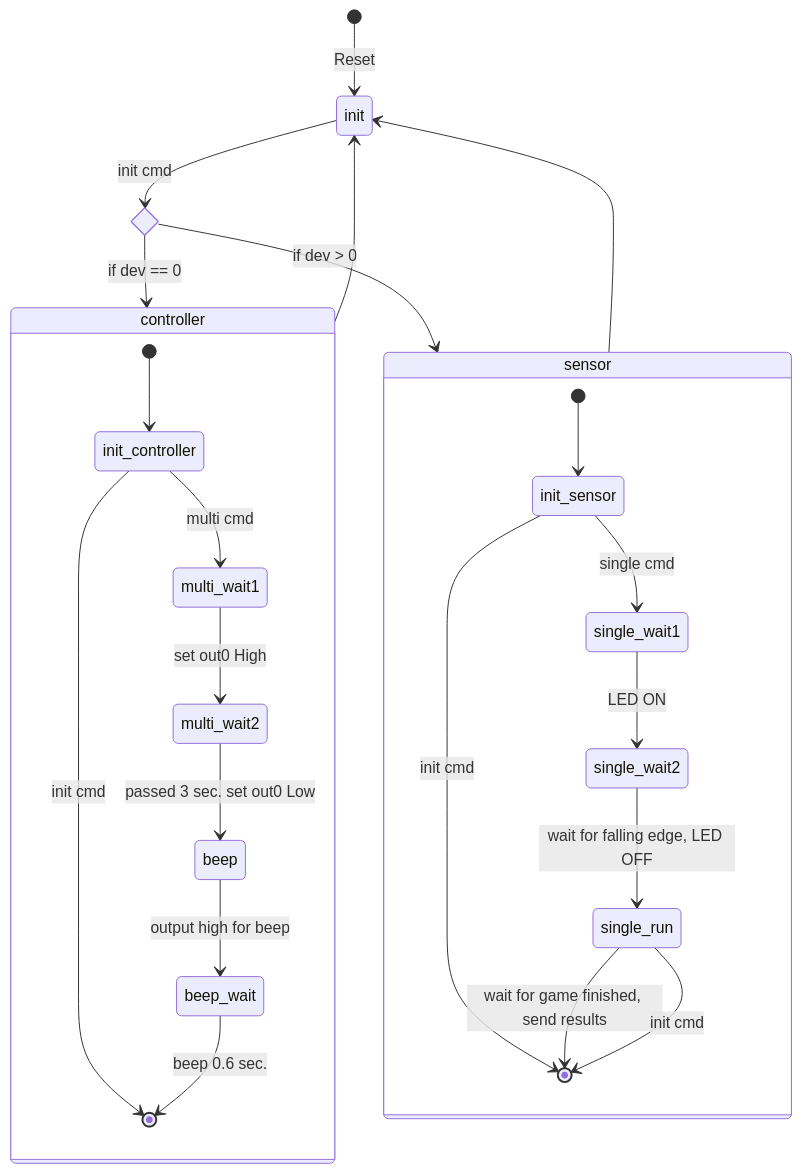
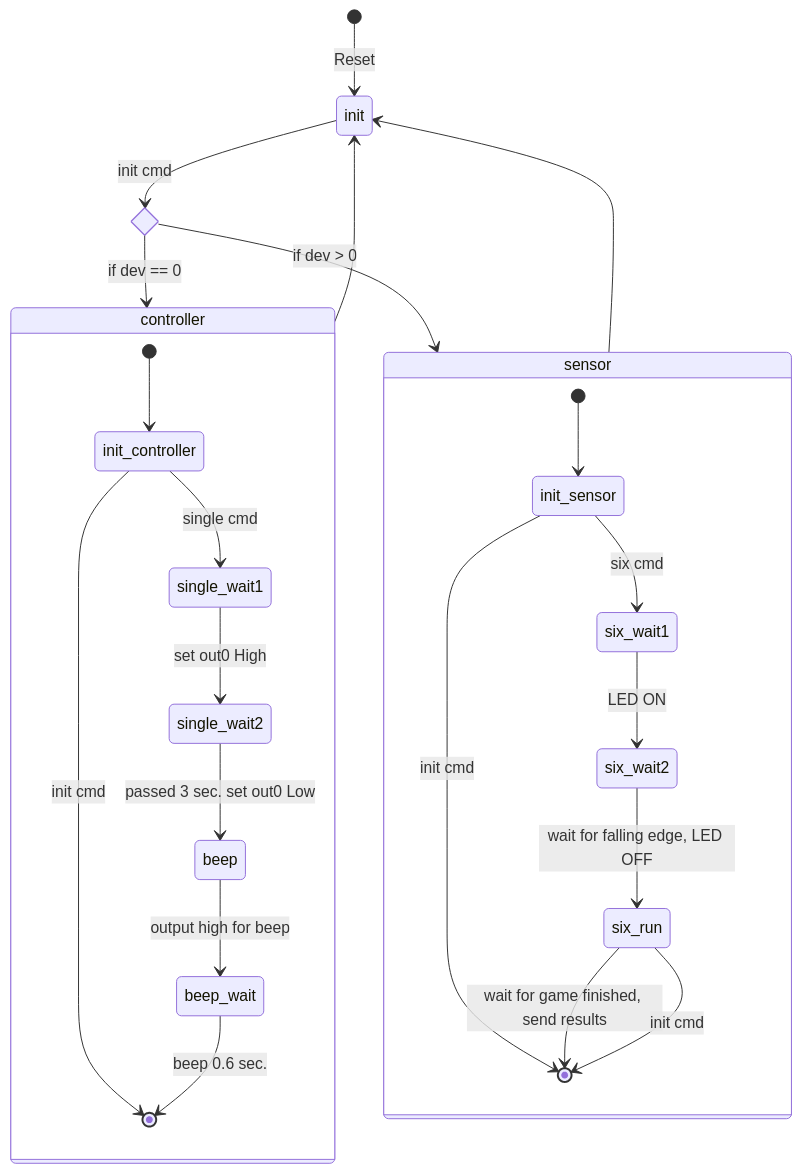
Before and after one commit to katsuster/target-6-client: the first of 3 diagrams in doc/single.md, drawn with Mermaid. The commit also changed other lines of this file, not shown here.

Commit message:
doc: update command and state name

````diff
--- a/doc/single.md
+++ b/doc/single.md
@@ -32,31 +32,31 @@
 ```mermaid
 stateDiagram-v2
 
 [*] --> init: Reset
 state if_state <<choice>>
 init --> if_state: init cmd
 if_state --> controller: if dev == 0
 if_state --> sensor: if dev > 0
 controller --> init
 sensor --> init
 
 state controller {
   [*] --> init_controller
-  init_controller --> multi_wait1: multi cmd
+  init_controller --> single_wait1: single cmd
   init_controller --> [*]: init cmd
-  multi_wait1 --> multi_wait2: set out0 High
-  multi_wait2 --> beep: passed 3 sec. set out0 Low
+  single_wait1 --> single_wait2: set out0 High
+  single_wait2 --> beep: passed 3 sec. set out0 Low
   beep --> beep_wait: output high for beep
   beep_wait --> [*]: beep 0.6 sec.
 }
 
 state sensor {
   [*] --> init_sensor
-  init_sensor --> single_wait1: single cmd
+  init_sensor --> six_wait1: six cmd
   init_sensor --> [*]: init cmd
-  single_wait1 --> single_wait2: LED ON
-  single_wait2 --> single_run: wait for falling edge, LED OFF
-  single_run --> [*]: wait for game finished, send results
-  single_run --> [*]: init cmd
+  six_wait1 --> six_wait2: LED ON
+  six_wait2 --> six_run: wait for falling edge, LED OFF
+  six_run --> [*]: wait for game finished, send results
+  six_run --> [*]: init cmd
 }
 ```
````
